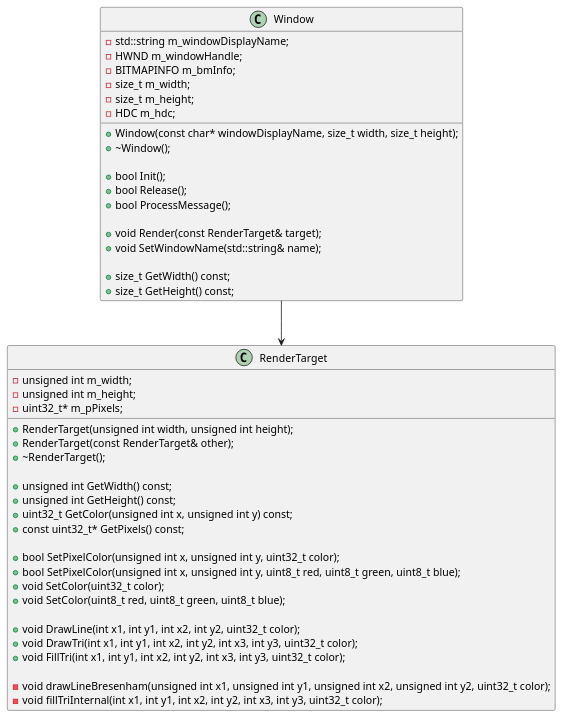
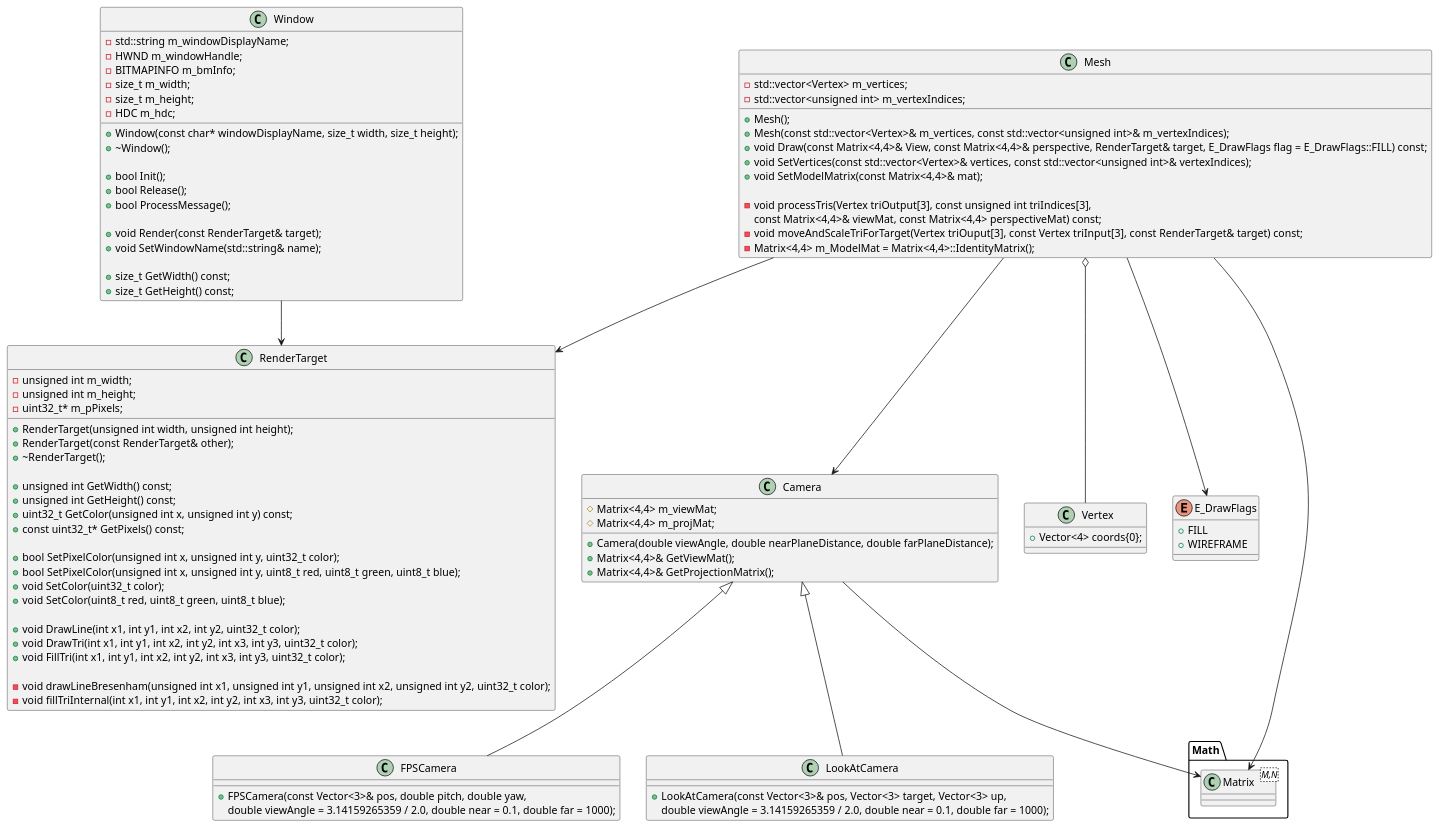
The diagram in FryEngine/src/FryEngine/Rendering/Documentation/UML.plantuml (Schtekt/FryEngine), drawn with PlantUML before and after one commit. The commit also changed 4 other files, not shown here.

Commit message:
Add draw flags and documentation

```diff
--- a/FryEngine/src/FryEngine/Rendering/Documentation/UML.plantuml
+++ b/FryEngine/src/FryEngine/Rendering/Documentation/UML.plantuml
@@ -1,54 +1,117 @@
 @startuml Rendering
 class Window 
 {
     +Window(const char* windowDisplayName, size_t width, size_t height);
     +~Window();
     
     +bool Init();
     +bool Release();
     +bool ProcessMessage();
 
     +void Render(const RenderTarget& target);
     +void SetWindowName(std::string& name);
 
     +size_t GetWidth() const;
     +size_t GetHeight() const;
 
     -std::string m_windowDisplayName;
     -HWND m_windowHandle;
     -BITMAPINFO m_bmInfo;
     -size_t m_width;
     -size_t m_height;
     -HDC m_hdc;
 }
 
 class RenderTarget
 {
     +RenderTarget(unsigned int width, unsigned int height);
     +RenderTarget(const RenderTarget& other);
     +~RenderTarget();
 
     +unsigned int GetWidth() const;
     +unsigned int GetHeight() const;
     +uint32_t GetColor(unsigned int x, unsigned int y) const;
     +const uint32_t* GetPixels() const;
 
     +bool SetPixelColor(unsigned int x, unsigned int y, uint32_t color);
     +bool SetPixelColor(unsigned int x, unsigned int y, uint8_t red, uint8_t green, uint8_t blue);
     +void SetColor(uint32_t color);
     +void SetColor(uint8_t red, uint8_t green, uint8_t blue);
 
     +void DrawLine(int x1, int y1, int x2, int y2, uint32_t color);
     +void DrawTri(int x1, int y1, int x2, int y2, int x3, int y3, uint32_t color);
     +void FillTri(int x1, int y1, int x2, int y2, int x3, int y3, uint32_t color);
 
     -void drawLineBresenham(unsigned int x1, unsigned int y1, unsigned int x2, unsigned int y2, uint32_t color);
     -void fillTriInternal(int x1, int y1, int x2, int y2, int x3, int y3, uint32_t color);
 
     -unsigned int m_width;
     -unsigned int m_height;
     -uint32_t* m_pPixels;
 }
 
+class Camera
+{
+    +Camera(double viewAngle, double nearPlaneDistance, double farPlaneDistance);
+    +Matrix<4,4>& GetViewMat();
+    +Matrix<4,4>& GetProjectionMatrix();
+    
+    #Matrix<4,4> m_viewMat;
+    #Matrix<4,4> m_projMat;
+}
+
+class FPSCamera
+{
+    +FPSCamera(const Vector<3>& pos, double pitch, double yaw, 
+                double viewAngle = 3.14159265359 / 2.0, double near = 0.1, double far = 1000);
+}
+
+class LookAtCamera
+{
+    +LookAtCamera(const Vector<3>& pos, Vector<3> target, Vector<3> up,
+                double viewAngle = 3.14159265359 / 2.0, double near = 0.1, double far = 1000);
+}
+
+class Vertex
+{
+    +Vector<4> coords{0};
+}
+
+enum E_DrawFlags
+{
+    +FILL
+    +WIREFRAME
+}
+
+class Mesh
+{
+        +Mesh();
+        +Mesh(const std::vector<Vertex>& m_vertices, const std::vector<unsigned int>& m_vertexIndices);
+        +void Draw(const Matrix<4,4>& View, const Matrix<4,4>& perspective, RenderTarget& target, E_DrawFlags flag = E_DrawFlags::FILL) const;
+        +void SetVertices(const std::vector<Vertex>& vertices, const std::vector<unsigned int>& vertexIndices);
+        +void SetModelMatrix(const Matrix<4,4>& mat);
+
+        -void processTris(Vertex triOutput[3], const unsigned int triIndices[3], 
+                        const Matrix<4,4>& viewMat, const Matrix<4,4> perspectiveMat) const;
+        -void moveAndScaleTriForTarget(Vertex triOuput[3], const Vertex triInput[3], const RenderTarget& target) const;
+
+        -std::vector<Vertex> m_vertices;
+        -std::vector<unsigned int> m_vertexIndices;
+        -Matrix<4,4> m_ModelMat = Matrix<4,4>::IdentityMatrix();
+}
+
+package Math <<Folder>>
+{
+    class Matrix <M,N>
+}
+
+Camera <|-- FPSCamera
+Camera <|-- LookAtCamera
+Mesh --> Camera
+Mesh --> RenderTarget
+Mesh o-- Vertex
+Mesh --> E_DrawFlags
 Window --> RenderTarget
+Camera --> Matrix
+Mesh --> Matrix
 @enduml
```
